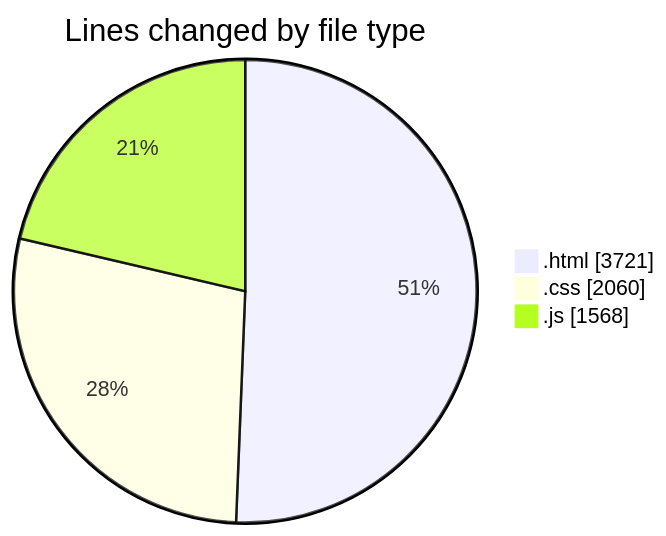
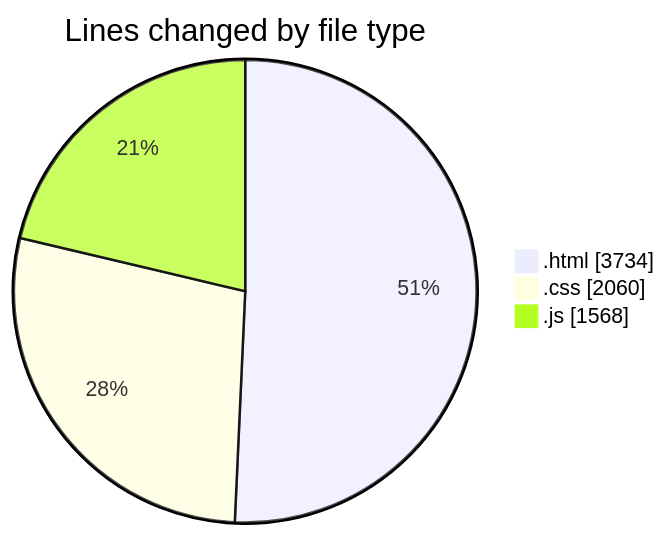
The first of 2 diagrams in 2025-05-24/projects/README.md (Ritupan-Deka/code-tracking), drawn with Mermaid before and after one commit. The commit also changed other lines of this file and 1 other file, not shown here.

````diff
--- a/2025-05-24/projects/README.md
+++ b/2025-05-24/projects/README.md
@@ -23,7 +23,7 @@
 ```mermaid
 pie showData
 title Lines changed by file type
-".html" : 3721
+".html" : 3734
 ".css" : 2060
 ".js" : 1568
 ```
````
